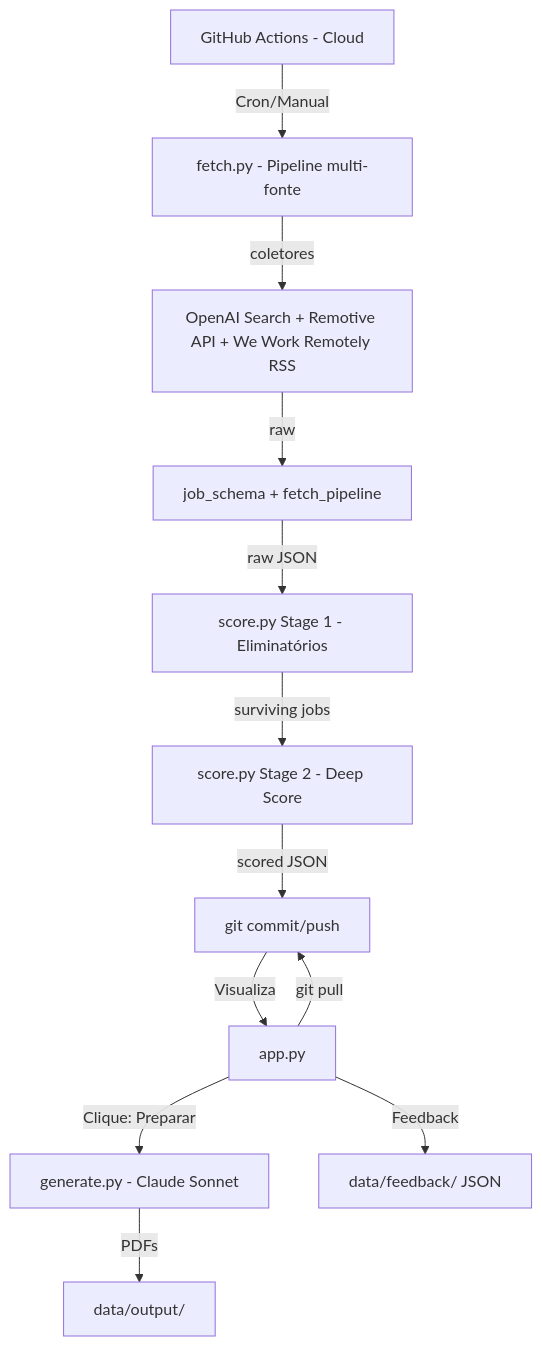
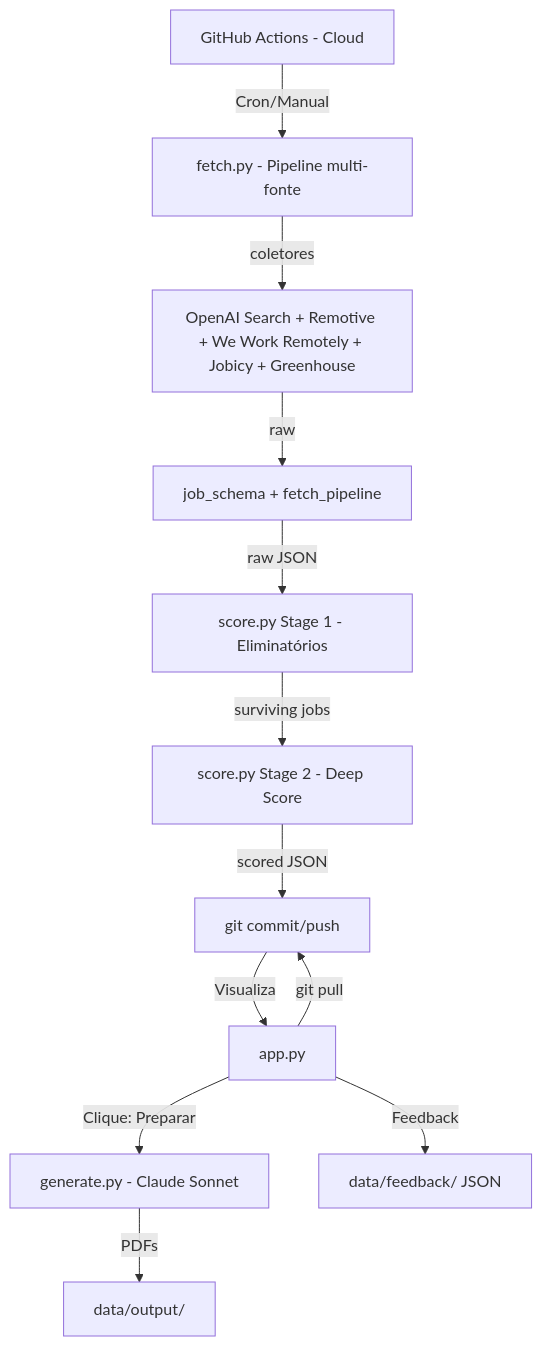
One commit to gmaiarviana/job_radar changed the diagram in ARCHITECTURE.md. Above: the diagram before and after it, drawn with Mermaid. The commit also changed other lines of this file and 4 other files, not shown here.

Commit message:
feat: Épico 3.2 — coletor Greenhouse (boards API, filter by title, JD completo)

````diff
--- a/ARCHITECTURE.md
+++ b/ARCHITECTURE.md
@@ -11,15 +11,15 @@
 ```mermaid
 graph TD
     A[GitHub Actions - Cloud] -->|Cron/Manual| B[fetch.py - Pipeline multi-fonte]
-    B -->|coletores| B1[OpenAI Search + Remotive API + We Work Remotely RSS]
+    B -->|coletores| B1[OpenAI Search + Remotive + We Work Remotely + Jobicy + Greenhouse]
     B1 -->|raw| B2[job_schema + fetch_pipeline]
     B2 -->|raw JSON| C[score.py Stage 1 - Eliminatórios]
     C -->|surviving jobs| D[score.py Stage 2 - Deep Score]
     D -->|scored JSON| E[git commit/push]
     
     F[Streamlit - Local] -->|git pull| E
     E -->|Visualiza| F[app.py]
     F -->|Clique: Preparar| G[generate.py - Claude Sonnet]
     G -->|PDFs| H[data/output/]
     F -->|Feedback| I[data/feedback/ JSON]
 ```
````
